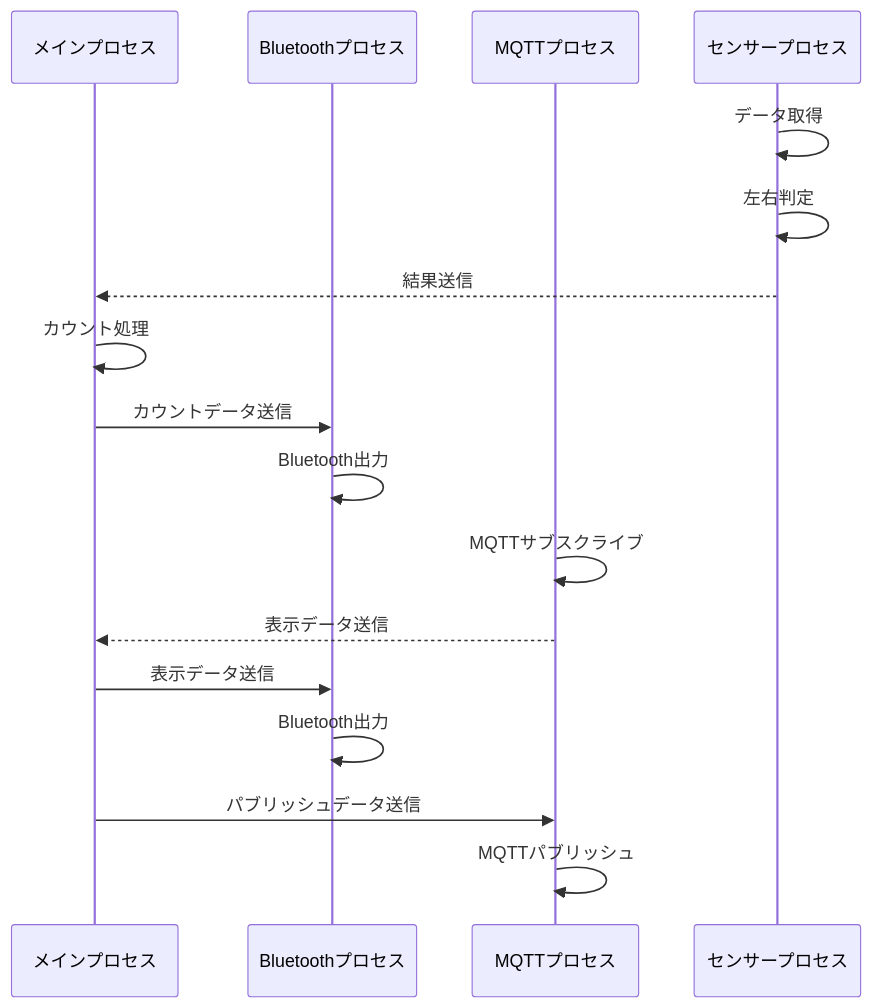
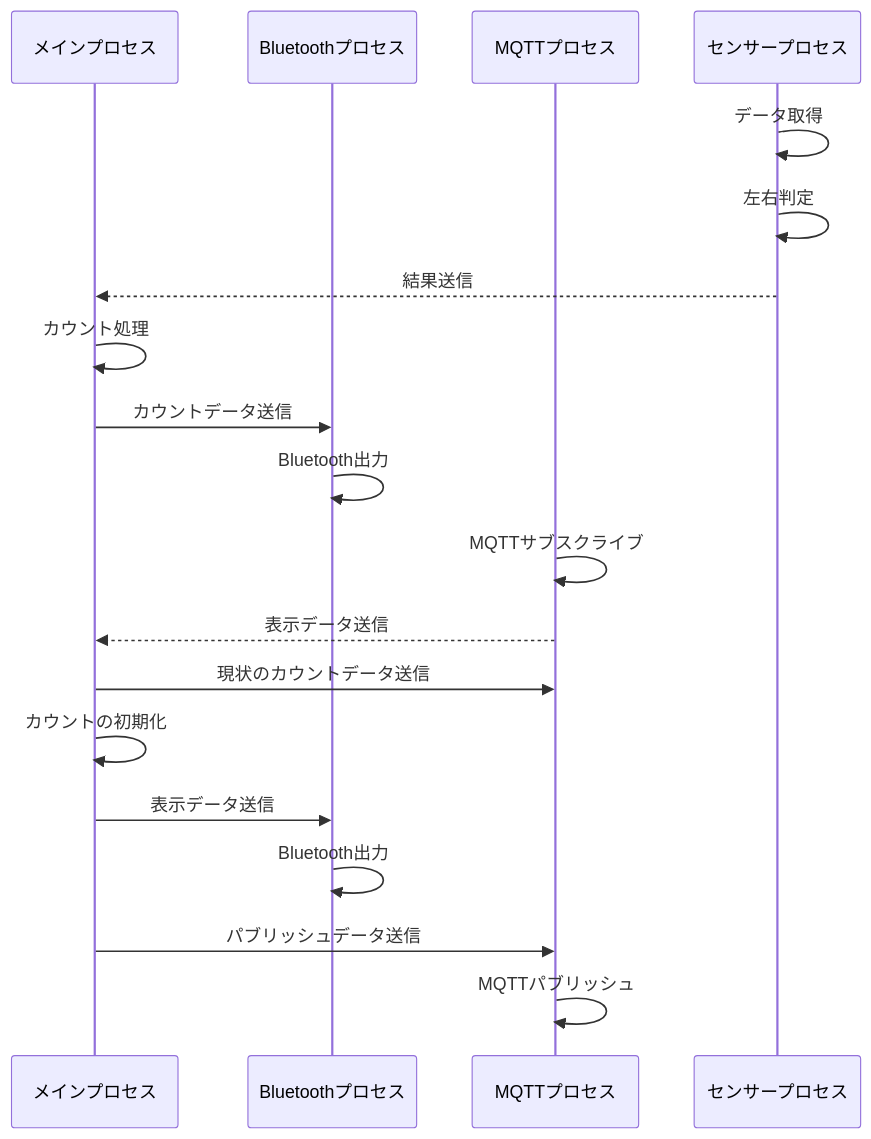
The diagram in docs/spresense.md (Hhelibebcnofne/escalator-enquete), drawn with Mermaid before and after one commit.

Commit message:
refactor: シーケンス図にカウントデータ送信と初期化処理を追加

````diff
--- a/docs/spresense.md
+++ b/docs/spresense.md
@@ -3,19 +3,21 @@
 ```mermaid
 sequenceDiagram
     participant Main as メインプロセス
     participant Bt as Bluetoothプロセス
     participant Mqtt as MQTTプロセス
     participant Sensor as センサープロセス
     Sensor ->> Sensor: データ取得
     Sensor ->> Sensor: 左右判定
     Sensor -->> Main: 結果送信
     Main ->> Main: カウント処理
     Main ->> Bt: カウントデータ送信
     Bt ->> Bt: Bluetooth出力
     Mqtt ->> Mqtt: MQTTサブスクライブ
     Mqtt -->> Main: 表示データ送信
+    Main ->> Mqtt: 現状のカウントデータ送信
+    Main ->> Main: カウントの初期化
     Main ->> Bt: 表示データ送信
     Bt ->> Bt: Bluetooth出力
     Main ->> Mqtt: パブリッシュデータ送信
     Mqtt ->> Mqtt: MQTTパブリッシュ
 ```
````
